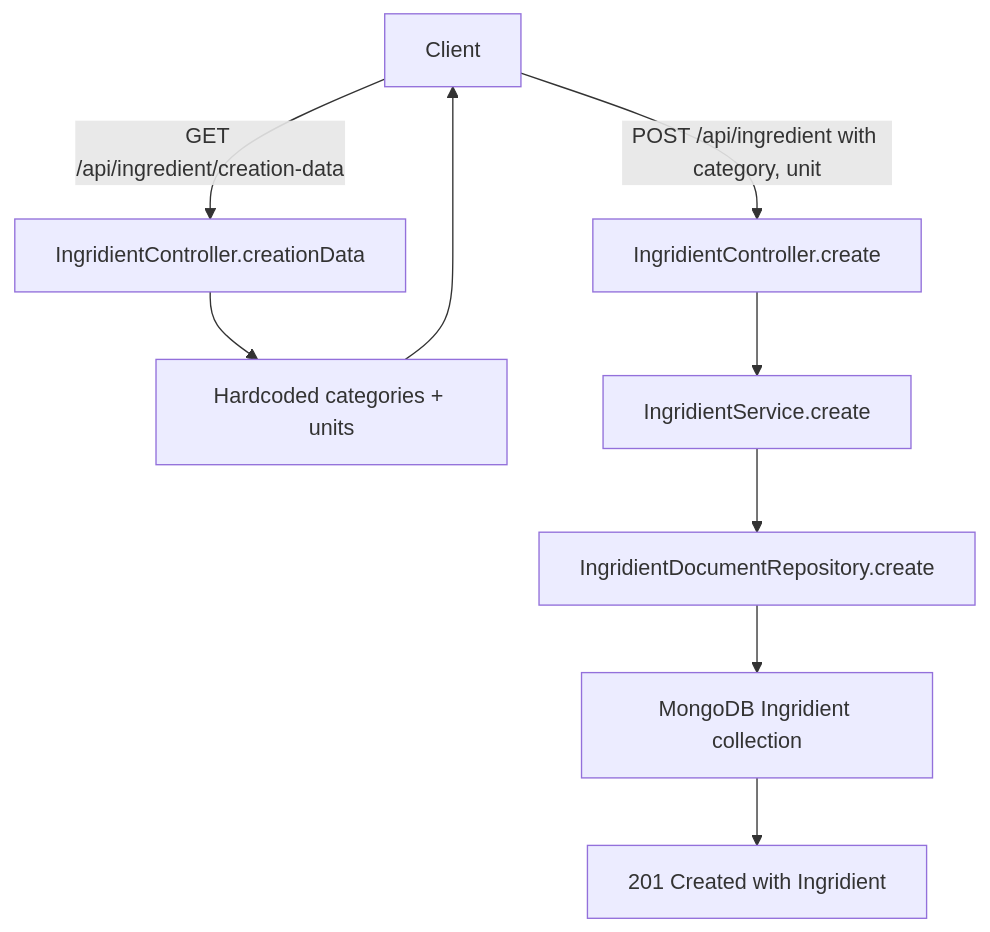
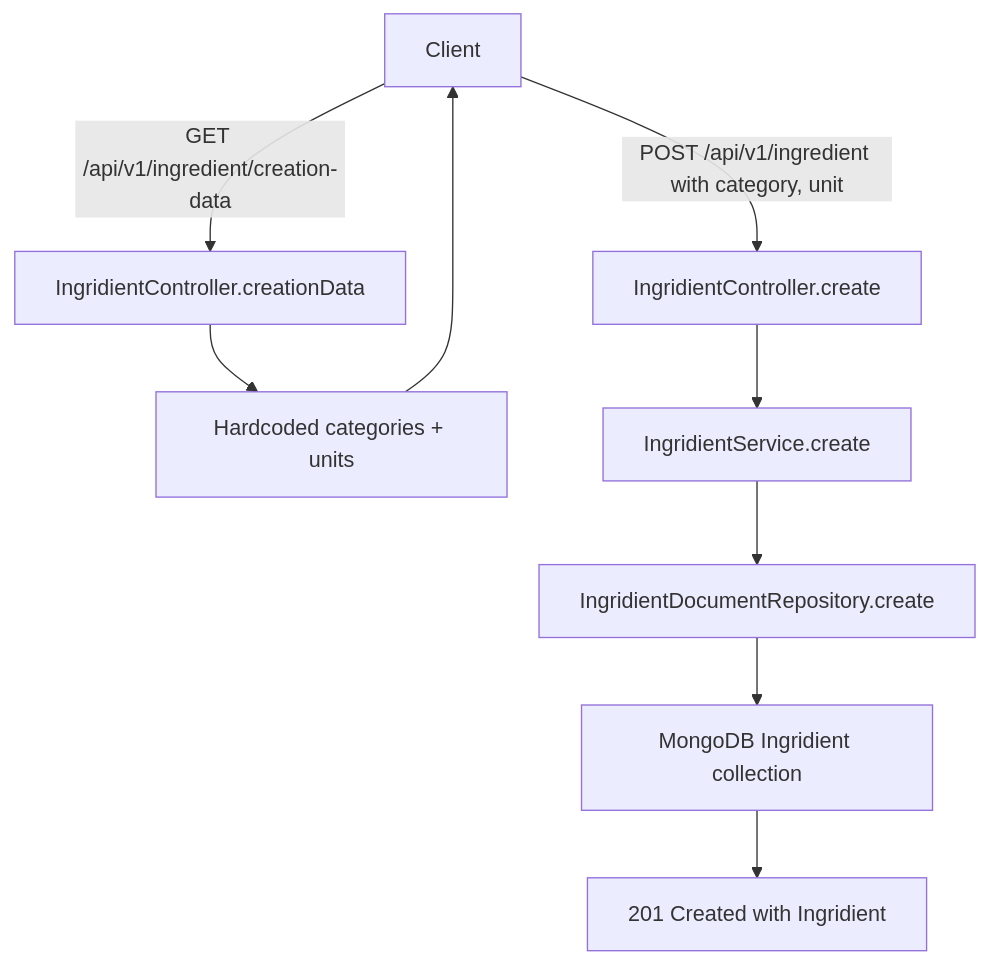
Before and after one commit to blitzy-public-samples/pantry-chef-traditional: the diagram in backend/src/ingridient/README.md, drawn with Mermaid. The commit also changed other lines of this file and 60 other files, not shown here.

````diff
--- a/backend/src/ingridient/README.md
+++ b/backend/src/ingridient/README.md
@@ -114,11 +113,11 @@
 ```mermaid
 flowchart TD
-    A[Client] -->|GET /api/ingredient/creation-data| B[IngridientController.creationData]
+    A[Client] -->|GET /api/v1/ingredient/creation-data| B[IngridientController.creationData]
     B --> C[Hardcoded categories + units]
     C --> A
-    A -->|POST /api/ingredient with category, unit| D[IngridientController.create]
+    A -->|POST /api/v1/ingredient with category, unit| D[IngridientController.create]
     D --> E[IngridientService.create]
     E --> F[IngridientDocumentRepository.create]
     F --> G[MongoDB Ingridient collection]
     G --> H[201 Created with Ingridient]
 ```
````
